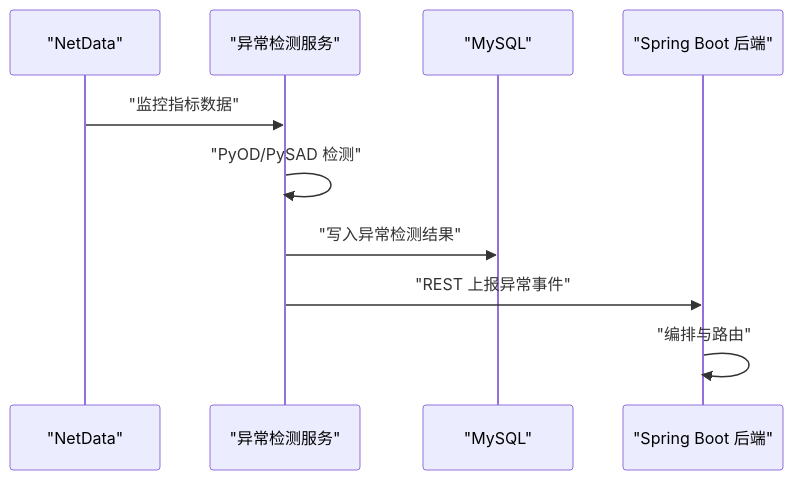
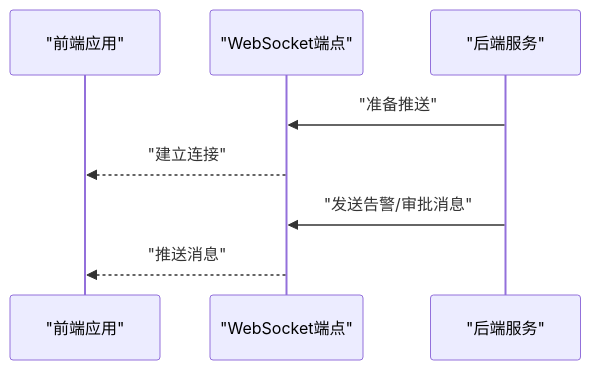
One commit to lyyzzz6/AIops changed the fifth of 7 diagrams in .qoder/repowiki/zh/content/系统架构设计/系统架构设计.md. Above: the diagram before and after it, drawn with Mermaid. The commit also changed other lines of this file and 371 other files, not shown here.

````diff
--- a/.qoder/repowiki/zh/content/系统架构设计/系统架构设计.md
+++ b/.qoder/repowiki/zh/content/系统架构设计/系统架构设计.md
@@ -196,12 +208,10 @@
 ```mermaid
 sequenceDiagram
-participant ND as "NetData"
-participant PY as "异常检测服务"
-participant DB as "MySQL"
-participant BE as "Spring Boot 后端"
-ND->>PY : "监控指标数据"
-PY->>PY : "PyOD/PySAD 检测"
-PY->>DB : "写入异常检测结果"
-PY->>BE : "REST 上报异常事件"
-BE->>BE : "编排与路由"
+participant FE as "前端应用"
+participant WS as "WebSocket端点"
+participant BE as "后端服务"
+BE->>WS : "准备推送"
+WS-->>FE : "建立连接"
+BE->>WS : "发送告警/审批消息"
+WS-->>FE : "推送消息"
 ```
````
